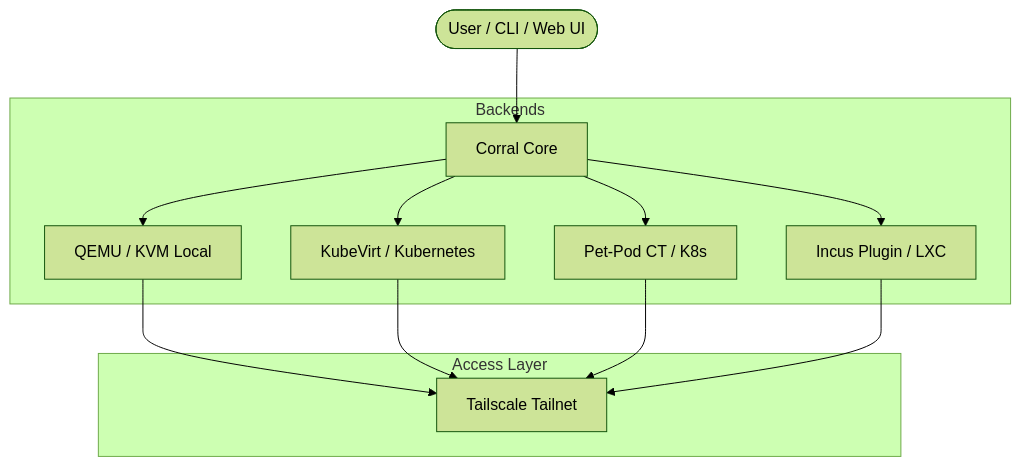
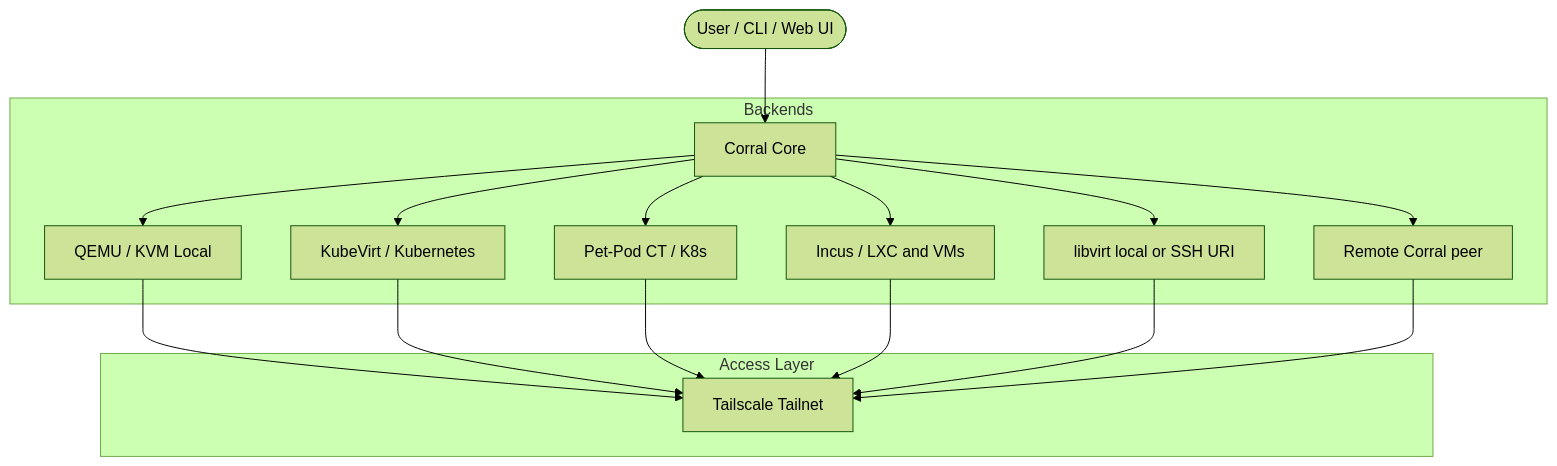
The diagram in docs/user-guide.md (hanthor/corral), drawn with Mermaid (forest theme) before and after one commit. The commit also changed other lines of this file and 10 other files, not shown here.

````diff
--- a/docs/user-guide.md
+++ b/docs/user-guide.md
@@ -25,18 +25,22 @@
 ```mermaid
 flowchart TD
     User([User / CLI / Web UI]) --> Corral[Corral Core]
 
     subgraph Backends
         Corral --> QEMU[QEMU / KVM Local]
         Corral --> KubeVirt[KubeVirt / Kubernetes]
         Corral --> CT[Pet-Pod CT / K8s]
-        Corral --> IncusPlugin[Incus Plugin / LXC]
+        Corral --> Incus[Incus / LXC and VMs]
+        Corral --> Libvirt[libvirt local or SSH URI]
+        Corral --> Peer[Remote Corral peer]
     end
 
     subgraph Access Layer
         QEMU --> Tailnet[Tailscale Tailnet]
         KubeVirt --> Tailnet
         CT --> Tailnet
-        IncusPlugin --> Tailnet
+        Incus --> Tailnet
+        Libvirt --> Tailnet
+        Peer --> Tailnet
     end
 ```
````
